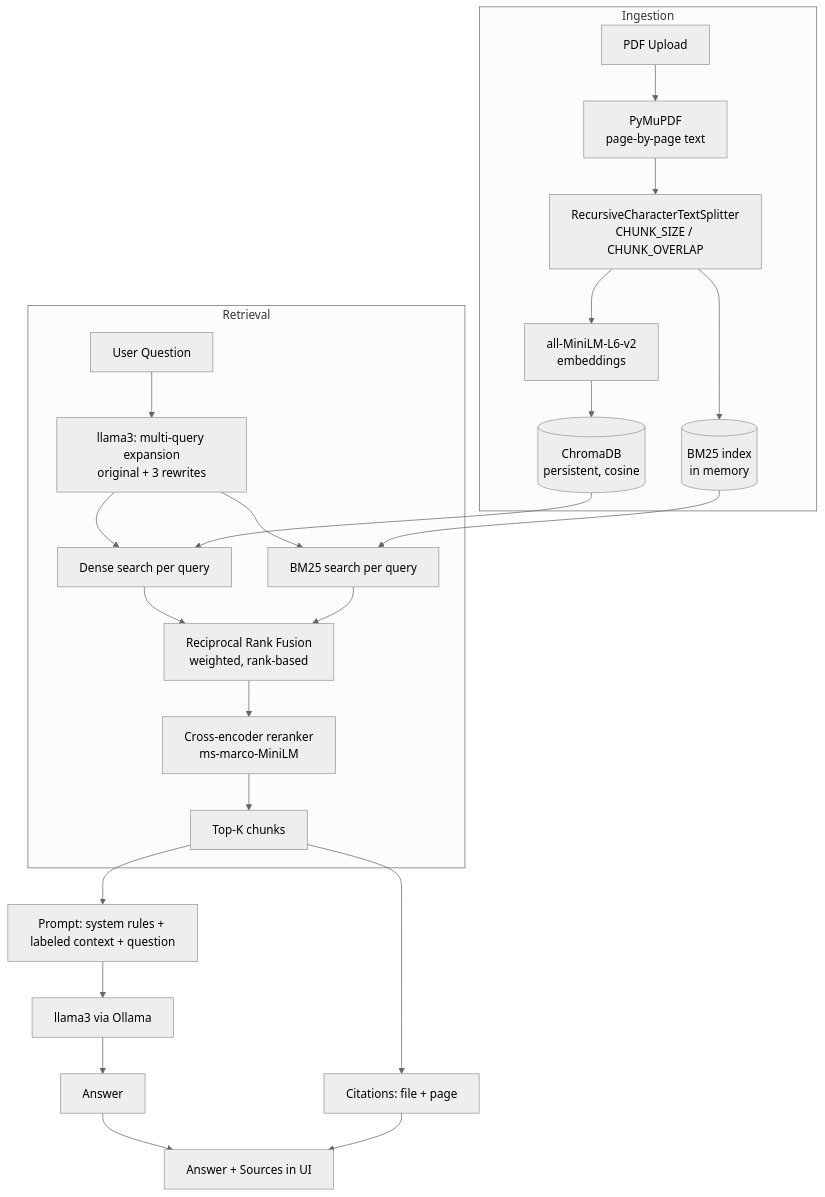
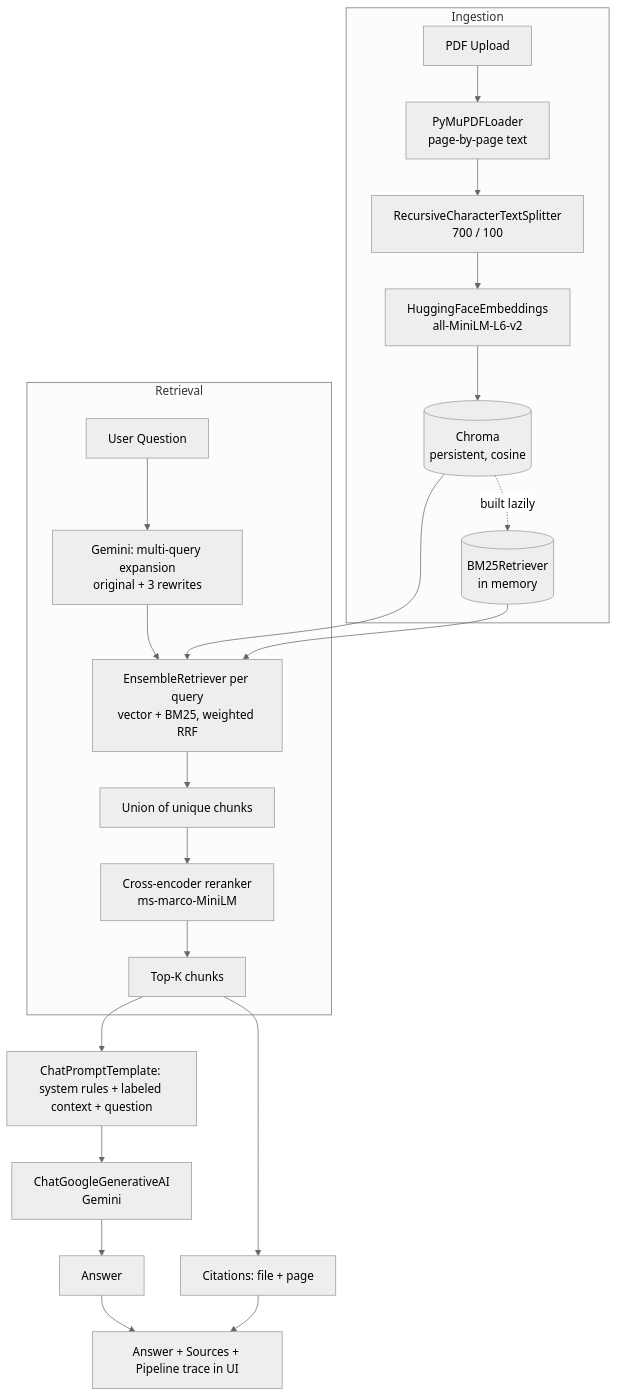
The diagram in README.md (shivampanwar26/notes-rag), drawn with Mermaid (neutral theme) before and after one commit. The commit also changed other lines of this file and 18 other files, not shown here.

````diff
--- a/README.md
+++ b/README.md
@@ -41,29 +43,27 @@
 ```mermaid
 flowchart TD
     subgraph Ingestion
-        A[PDF Upload] --> B[PyMuPDF<br/>page-by-page text]
-        B --> C[RecursiveCharacterTextSplitter<br/>CHUNK_SIZE / CHUNK_OVERLAP]
-        C --> D[all-MiniLM-L6-v2<br/>embeddings]
-        D --> E[(ChromaDB<br/>persistent, cosine)]
-        C --> F[(BM25 index<br/>in memory)]
+        A[PDF Upload] --> B[PyMuPDFLoader<br/>page-by-page text]
+        B --> C[RecursiveCharacterTextSplitter<br/>700 / 100]
+        C --> D[HuggingFaceEmbeddings<br/>all-MiniLM-L6-v2]
+        D --> E[(Chroma<br/>persistent, cosine)]
+        E -.built lazily.-> F[(BM25Retriever<br/>in memory)]
     end
 
     subgraph Retrieval
-        Q[User Question] --> MQ[llama3: multi-query expansion<br/>original + 3 rewrites]
-        MQ --> VS[Dense search per query]
-        MQ --> KS[BM25 search per query]
-        E --> VS
-        F --> KS
-        VS --> RRF[Reciprocal Rank Fusion<br/>weighted, rank-based]
-        KS --> RRF
-        RRF --> RR[Cross-encoder reranker<br/>ms-marco-MiniLM]
+        Q[User Question] --> MQ[Gemini: multi-query expansion<br/>original + 3 rewrites]
+        MQ --> ENS[EnsembleRetriever per query<br/>vector + BM25, weighted RRF]
+        E --> ENS
+        F --> ENS
+        ENS --> U[Union of unique chunks]
+        U --> RR[Cross-encoder reranker<br/>ms-marco-MiniLM]
         RR --> TK[Top-K chunks]
     end
 
-    TK --> P[Prompt: system rules + labeled context + question]
-    P --> LLM[llama3 via Ollama]
+    TK --> P[ChatPromptTemplate: system rules + labeled context + question]
+    P --> LLM[ChatGoogleGenerativeAI<br/>Gemini]
     LLM --> ANS[Answer]
     TK --> SRC[Citations: file + page]
-    ANS --> OUT[Answer + Sources in UI]
+    ANS --> OUT[Answer + Sources + Pipeline trace in UI]
     SRC --> OUT
 ```
````
